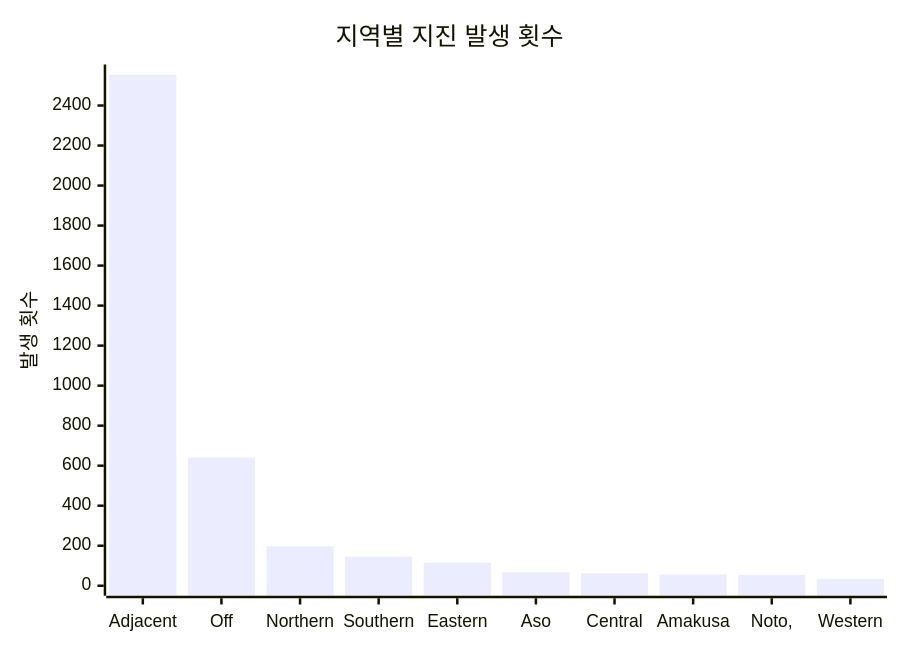
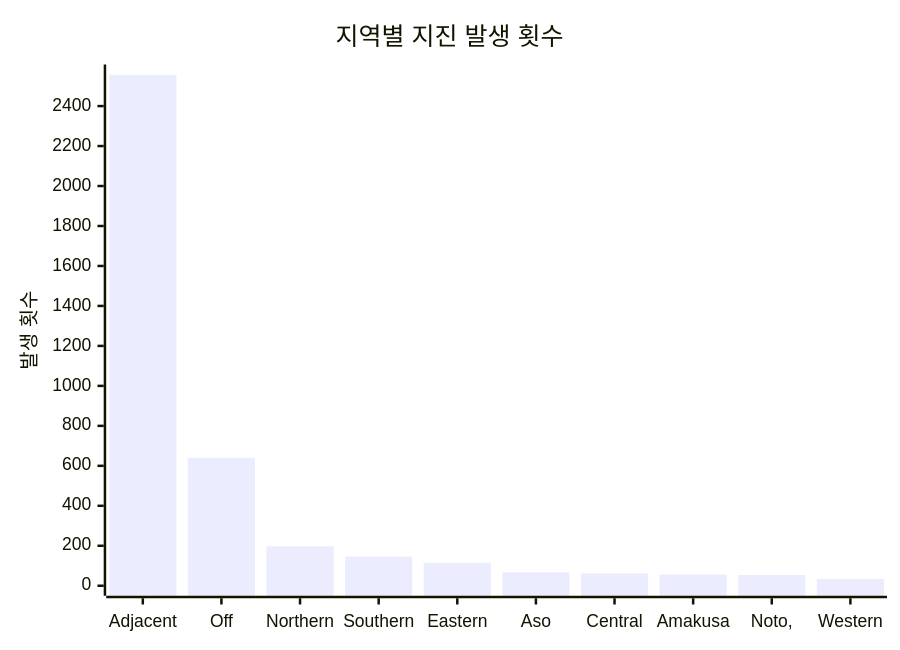
The diagram in charts/region-chart.md (serendip811/japan-eq), drawn with Mermaid before and after one commit. The commit also changed other lines of this file and 5 other files, not shown here.

Commit message:
Update earthquake data and charts Mon May 18 00:41:12 UTC 2026

````diff
--- a/charts/region-chart.md
+++ b/charts/region-chart.md
@@ -3,7 +3,7 @@
 ```mermaid
 xychart-beta
     title "지역별 지진 발생 횟수"
     x-axis ["Adjacent", "Off", "Northern", "Southern", "Eastern", "Aso", "Central", "Amakusa", "Noto,", "Western"]
-    y-axis "발생 횟수" 0 --> 2555
-    bar [2553, 640, 197, 146, 115, 67, 62, 56, 54, 34]
+    y-axis "발생 횟수" 0 --> 2558
+    bar [2556, 640, 197, 146, 115, 67, 62, 56, 54, 34]
 ```
````
